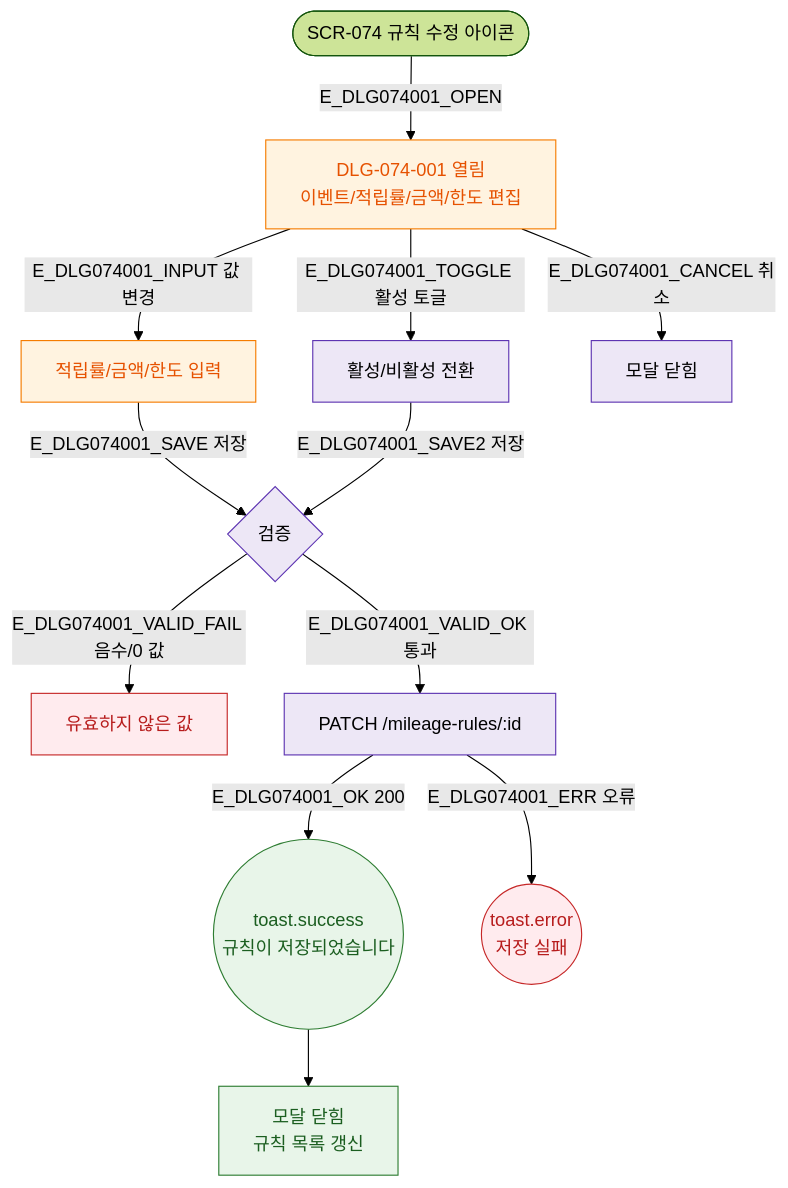
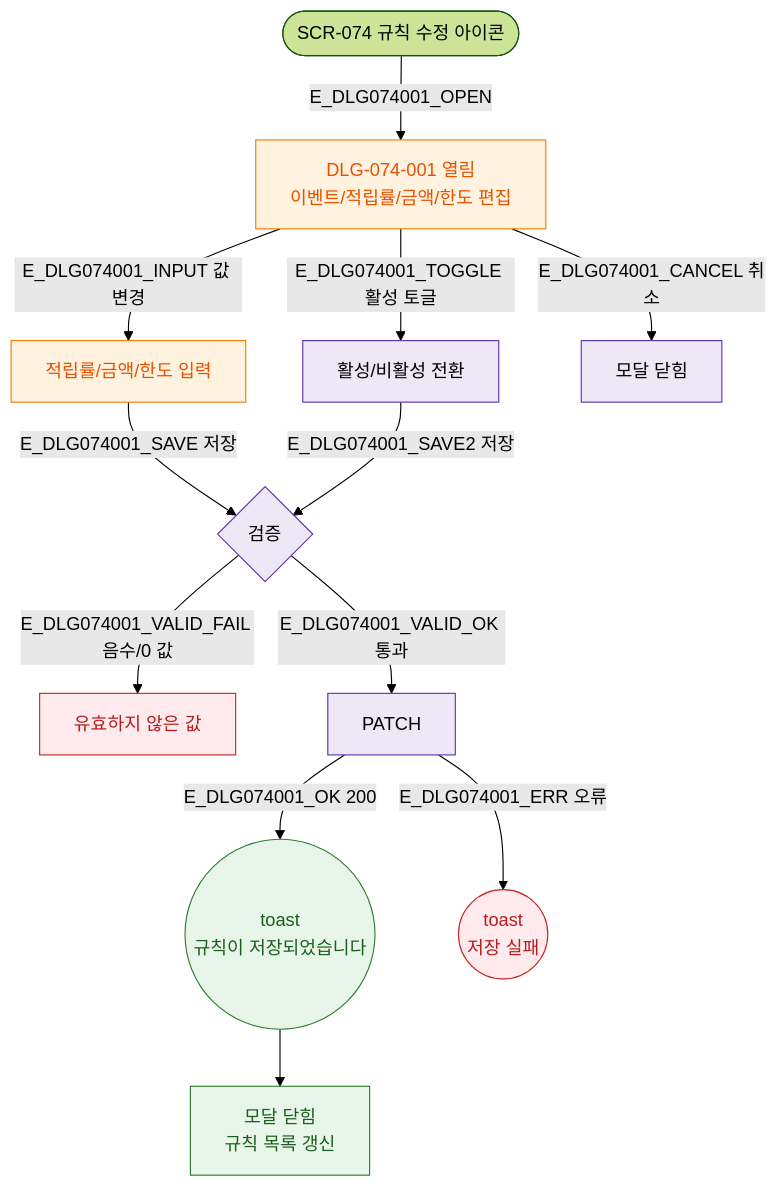
Before and after one commit to dev-spogym/admin-pando: the diagram in docs/다이어그램/D08_마케팅/DLG/DLG-074-001_적립규칙편집/M1_생명주기.md, drawn with Mermaid (forest theme). The commit also changed other lines of this file and 1660 other files, not shown here.

First line of the commit message:
다이어그램: 기획자/클라이언트 납품본으로 정리

````diff
--- a/docs/다이어그램/D08_마케팅/DLG/DLG-074-001_적립규칙편집/M1_생명주기.md
+++ b/docs/다이어그램/D08_마케팅/DLG/DLG-074-001_적립규칙편집/M1_생명주기.md
@@ -14,25 +12,25 @@
 ```mermaid
 flowchart TD
-  TRIGGER([SCR-074 규칙 수정 아이콘]) -->|E_DLG074001_OPEN| MODAL[DLG-074-001 열림\n이벤트/적립률/금액/한도 편집]
-  MODAL -->|E_DLG074001_INPUT 값 변경| INPUT[적립률/금액/한도 입력]
-  MODAL -->|E_DLG074001_TOGGLE 활성 토글| TOGGLE[활성/비활성 전환]
-  INPUT -->|E_DLG074001_SAVE 저장| VALID{검증}
-  TOGGLE -->|E_DLG074001_SAVE2 저장| VALID
-  MODAL -->|E_DLG074001_CANCEL 취소| CLOSE[모달 닫힘]
+  TRIGGER([SCR-074 규칙 수정 아이콘]) -->|E_DLG074001_OPEN|MODAL[DLG-074-001 열림\n이벤트/적립률/금액/한도 편집]
+  MODAL -->|E_DLG074001_INPUT 값 변경|INPUT[적립률/금액/한도 입력]
+  MODAL -->|E_DLG074001_TOGGLE 활성 토글|TOGGLE[활성/비활성 전환]
+  INPUT -->|E_DLG074001_SAVE 저장|VALID{검증}
+  TOGGLE -->|E_DLG074001_SAVE2 저장|VALID
+  MODAL -->|E_DLG074001_CANCEL 취소|CLOSE[모달 닫힘]
 
-  VALID -->|E_DLG074001_VALID_FAIL 음수/0 값| ERR[유효하지 않은 값]
-  VALID -->|E_DLG074001_VALID_OK 통과| API[PATCH /mileage-rules/:id]
-  API -->|E_DLG074001_OK 200| T_OK((toast.success\n규칙이 저장되었습니다))
-  API -->|E_DLG074001_ERR 오류| T_ERR((toast.error\n저장 실패))
+  VALID -->|E_DLG074001_VALID_FAIL 음수/0 값|ERR[유효하지 않은 값]
+  VALID -->|E_DLG074001_VALID_OK 통과|API[PATCH]
+  API -->|E_DLG074001_OK 200|T_OK((toast\n규칙이 저장되었습니다))
+  API -->|E_DLG074001_ERR 오류|T_ERR((toast\n저장 실패))
   T_OK --> CLOSE_OK[모달 닫힘\n규칙 목록 갱신]
 
-  classDef modal       fill:#FFF3E0,stroke:#F57C00,color:#E65100
-  classDef success     fill:#E8F5E9,stroke:#2E7D32,color:#1B5E20
-  classDef error       fill:#FFEBEE,stroke:#C62828,color:#B71C1C
-  classDef system      fill:#EDE7F6,stroke:#5E35B2
+  classDef modal fill:#FFF3E0,stroke:#F57C00,color:#E65100
+  classDef success fill:#E8F5E9,stroke:#2E7D32,color:#1B5E20
+  classDef error fill:#FFEBEE,stroke:#C62828,color:#B71C1C
+  classDef system fill:#EDE7F6,stroke:#5E35B2
 
   class MODAL,INPUT modal
   class T_OK,CLOSE_OK success
   class ERR,T_ERR error
   class VALID,API,TOGGLE,CLOSE system
 ```
````
